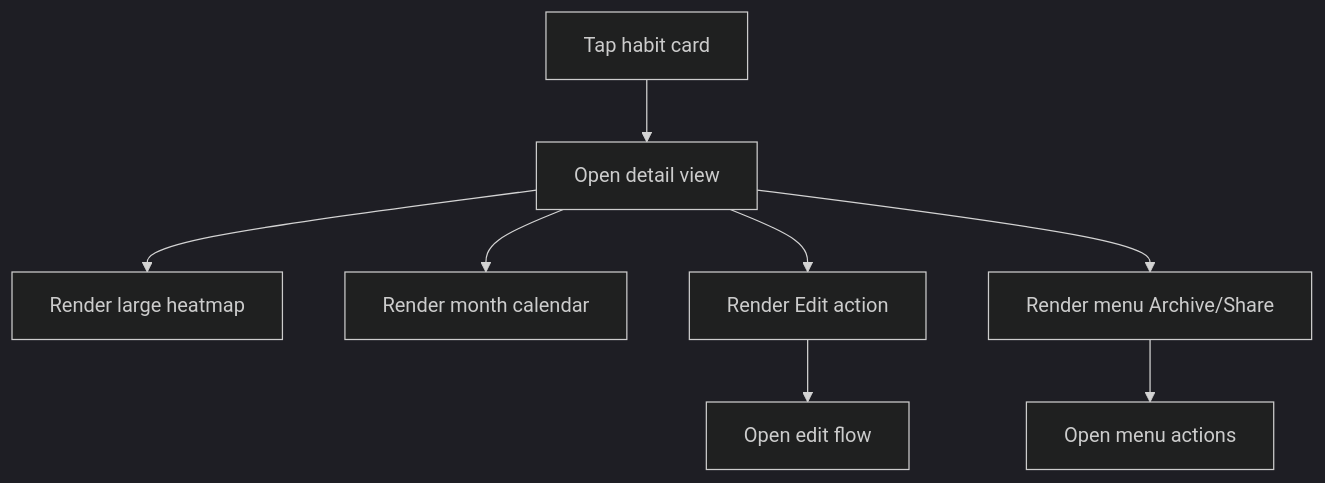
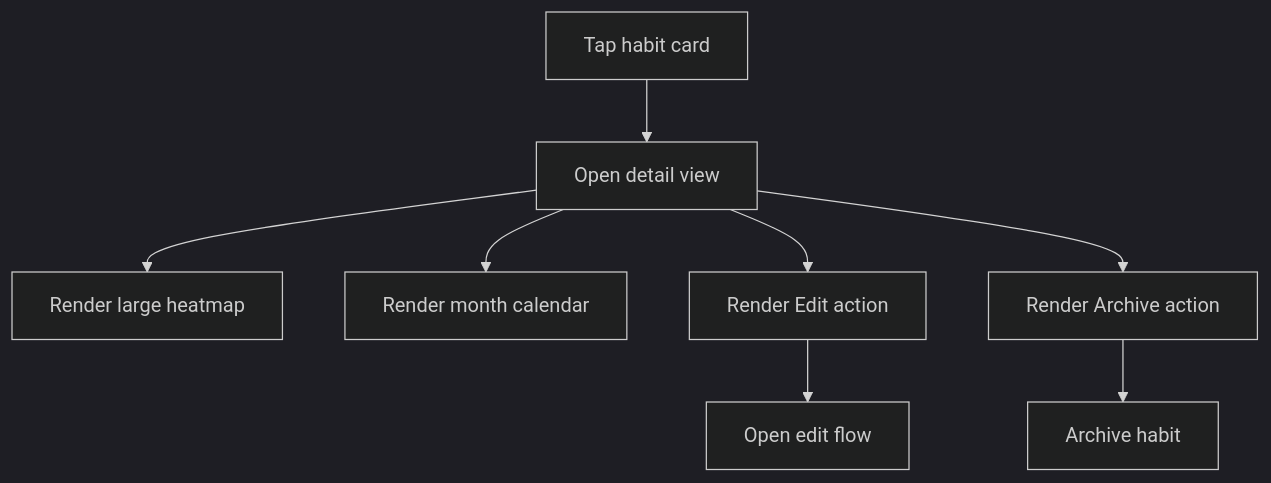
Diagram 11 of 15 in artefacts/trd.md (samaita/habit-heatmap), drawn with Mermaid (dark theme) before and after one commit. The commit also changed other lines of this file and 2 other files, not shown here.

````diff
--- a/artefacts/trd.md
+++ b/artefacts/trd.md
@@ -243,10 +227,10 @@
 ```mermaid
 flowchart TD
   A[Tap habit card] --> B[Open detail view]
   B --> C[Render large heatmap]
   B --> D[Render month calendar]
   B --> E[Render Edit action]
-  B --> F[Render menu Archive/Share]
+  B --> F[Render Archive action]
   E --> G[Open edit flow]
-  F --> H[Open menu actions]
+  F --> H[Archive habit]
 ```
````
